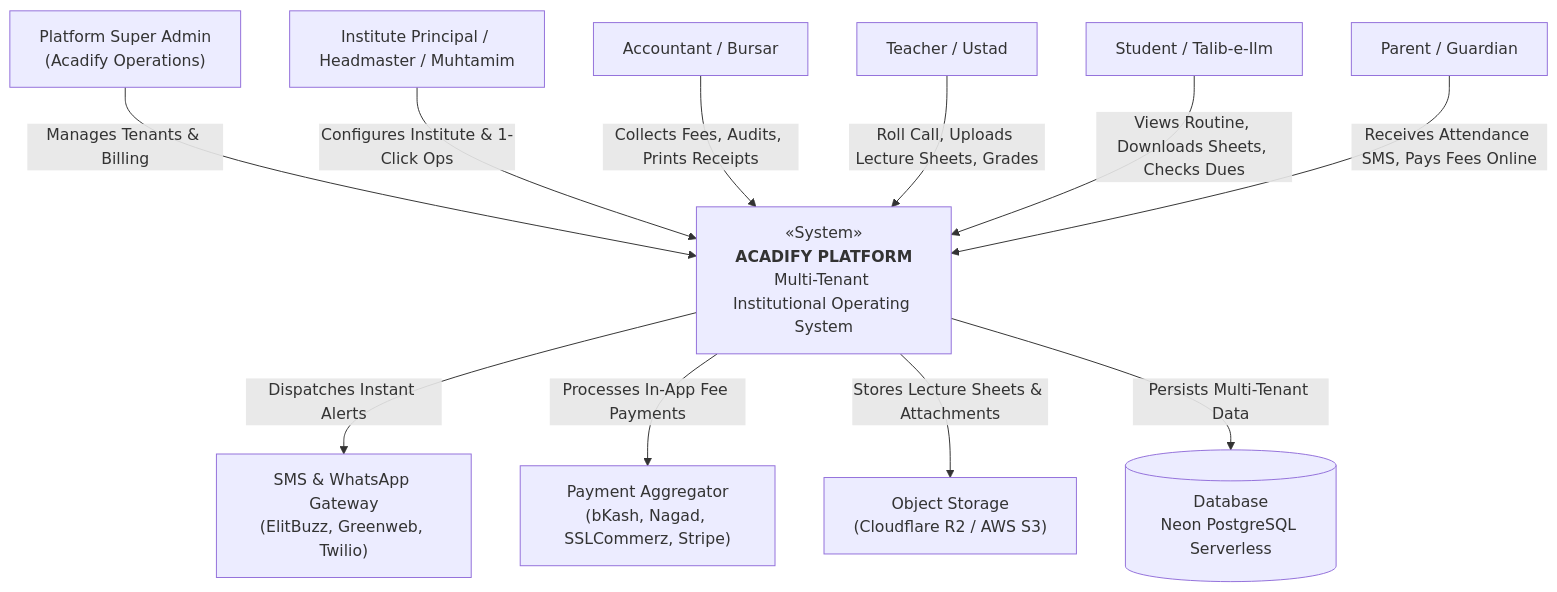
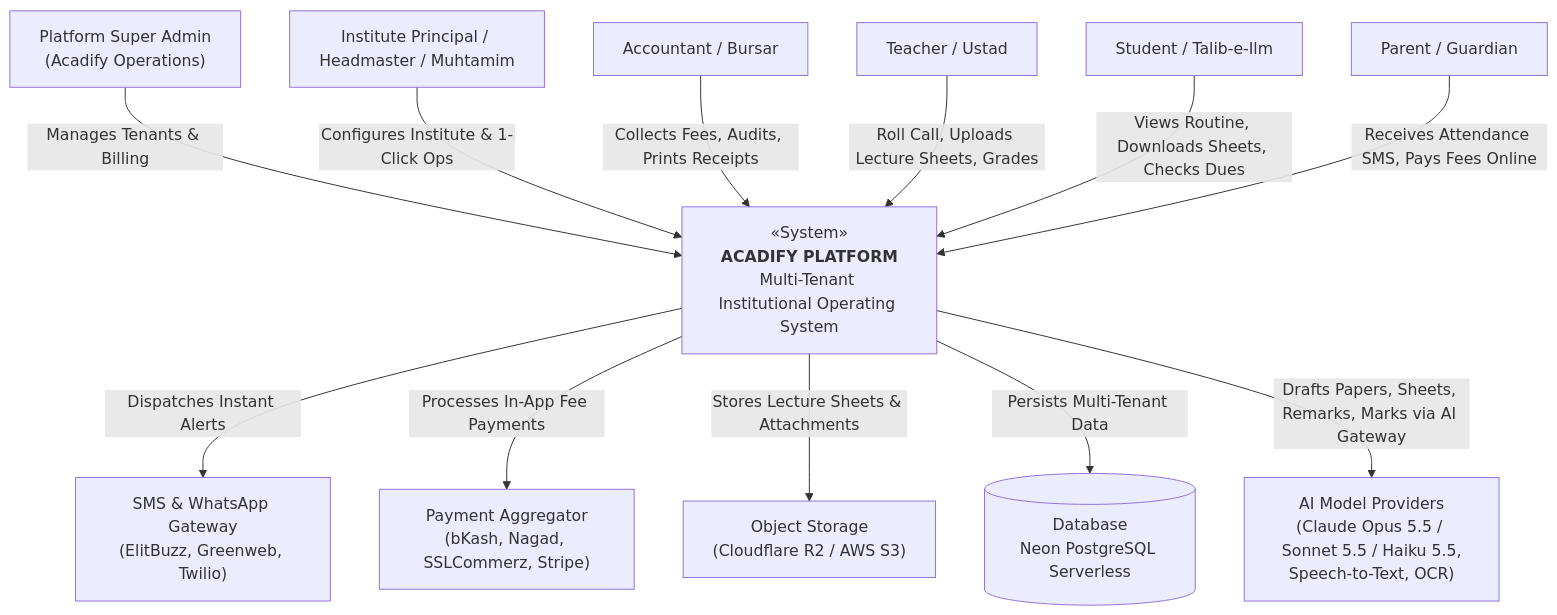
One commit to dev-mosarof66/acadify changed the first of 8 diagrams in .docs/acadify_architecture_and_build_plan.md. Above: the diagram before and after it, drawn with Mermaid. The commit also changed other lines of this file, not shown here.

First line of the commit message:
Docs: make Acadify an AI-driven institutional OS

````diff
--- a/.docs/acadify_architecture_and_build_plan.md
+++ b/.docs/acadify_architecture_and_build_plan.md
@@ -27,28 +32,30 @@
 ```mermaid
 graph TD
     SuperAdmin["Platform Super Admin<br/>(Acadify Operations)"]
     InstAdmin["Institute Principal / Headmaster / Muhtamim"]
     Accountant["Accountant / Bursar"]
     Teacher["Teacher / Ustad"]
     Student["Student / Talib-e-Ilm"]
     Guardian["Parent / Guardian"]
 
     Acadify["«System»<br/><b>ACADIFY PLATFORM</b><br/>Multi-Tenant Institutional Operating System"]
 
     SMSGateway["SMS & WhatsApp Gateway<br/>(ElitBuzz, Greenweb, Twilio)"]
     PaymentGateway["Payment Aggregator<br/>(bKash, Nagad, SSLCommerz, Stripe)"]
     Storage["Object Storage<br/>(Cloudflare R2 / AWS S3)"]
     NeonDB[("Database<br/>Neon PostgreSQL Serverless")]
+    AIProviders["AI Model Providers<br/>(Claude Opus 5.5 / Sonnet 5.5 / Haiku 5.5,<br/>Speech-to-Text, OCR)"]
 
     SuperAdmin -->|Manages Tenants & Billing| Acadify
     InstAdmin -->|Configures Institute & 1-Click Ops| Acadify
     Accountant -->|Collects Fees, Audits, Prints Receipts| Acadify
     Teacher -->|Roll Call, Uploads Lecture Sheets, Grades| Acadify
     Student -->|Views Routine, Downloads Sheets, Checks Dues| Acadify
     Guardian -->|Receives Attendance SMS, Pays Fees Online| Acadify
 
     Acadify -->|Dispatches Instant Alerts| SMSGateway
     Acadify -->|Processes In-App Fee Payments| PaymentGateway
     Acadify -->|Stores Lecture Sheets & Attachments| Storage
     Acadify -->|Persists Multi-Tenant Data| NeonDB
+    Acadify -->|Drafts Papers, Sheets, Remarks, Marks via AI Gateway| AIProviders
 ```
````
